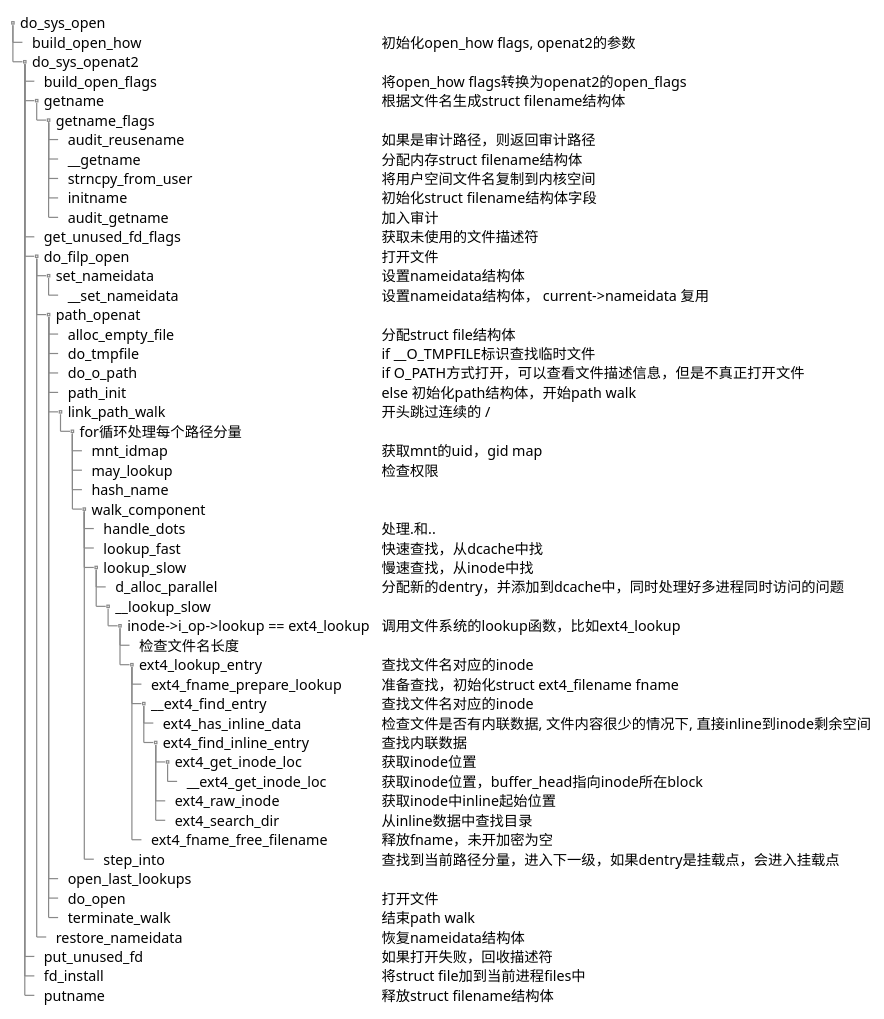
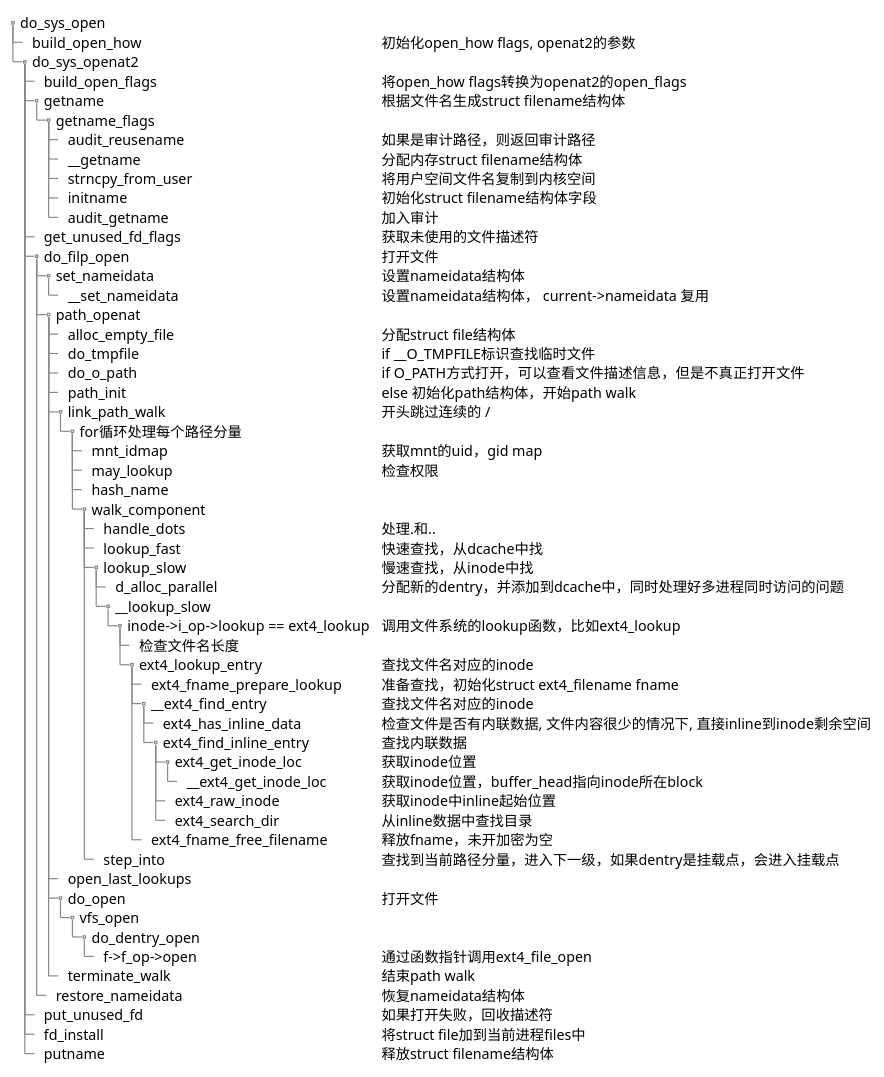
The first of 2 diagrams in notes/file.md (hml1006/linux-comment), drawn with PlantUML before and after one commit. The commit also changed 7 other files, not shown here.

````diff
--- a/notes/file.md
+++ b/notes/file.md
@@ -207,58 +207,61 @@
 ```plantuml
 @startsalt
 {{T
 + do_sys_open
 ++ build_open_how       | 初始化open_how flags, openat2的参数
 ++ do_sys_openat2
 +++ build_open_flags    | 将open_how flags转换为openat2的open_flags
 +++ getname             | 根据文件名生成struct filename结构体
 ++++ getname_flags
 +++++ audit_reusename   | 如果是审计路径，则返回审计路径
 +++++ __getname         | 分配内存struct filename结构体
 +++++ strncpy_from_user | 将用户空间文件名复制到内核空间
 +++++ initname          | 初始化struct filename结构体字段
 +++++ audit_getname     | 加入审计
 +++ get_unused_fd_flags | 获取未使用的文件描述符
 +++ do_filp_open    | 打开文件
 ++++ set_nameidata | 设置nameidata结构体
 +++++ __set_nameidata | 设置nameidata结构体， current->nameidata 复用
 ++++ path_openat
 +++++ alloc_empty_file | 分配struct file结构体
 +++++ do_tmpfile | if __O_TMPFILE标识查找临时文件
 +++++ do_o_path | if O_PATH方式打开，可以查看文件描述信息，但是不真正打开文件
 +++++ path_init | else 初始化path结构体，开始path walk
 +++++ link_path_walk    | 开头跳过连续的 /
 ++++++ for循环处理每个路径分量
 +++++++ mnt_idmap        | 获取mnt的uid，gid map
 +++++++ may_lookup | 检查权限
 +++++++ hash_name
 +++++++ walk_component
 ++++++++ handle_dots    | 处理.和..
 ++++++++ lookup_fast | 快速查找，从dcache中找
 ++++++++ lookup_slow | 慢速查找，从inode中找
 +++++++++ d_alloc_parallel | 分配新的dentry，并添加到dcache中，同时处理好多进程同时访问的问题
 +++++++++ __lookup_slow
 ++++++++++ inode->i_op->lookup == ext4_lookup | 调用文件系统的lookup函数，比如ext4_lookup
 +++++++++++ 检查文件名长度
 +++++++++++ ext4_lookup_entry | 查找文件名对应的inode
 ++++++++++++ ext4_fname_prepare_lookup | 准备查找，初始化struct ext4_filename fname
 ++++++++++++ __ext4_find_entry | 查找文件名对应的inode
 +++++++++++++ ext4_has_inline_data | 检查文件是否有内联数据, 文件内容很少的情况下, 直接inline到inode剩余空间
 +++++++++++++ ext4_find_inline_entry | 查找内联数据
 ++++++++++++++ ext4_get_inode_loc | 获取inode位置
 +++++++++++++++ __ext4_get_inode_loc | 获取inode位置，buffer_head指向inode所在block
 ++++++++++++++ ext4_raw_inode | 获取inode中inline起始位置
 ++++++++++++++ ext4_search_dir | 从inline数据中查找目录
 ++++++++++++ ext4_fname_free_filename | 释放fname，未开加密为空
 ++++++++ step_into | 查找到当前路径分量，进入下一级，如果dentry是挂载点，会进入挂载点
 +++++ open_last_lookups
 +++++ do_open | 打开文件
+++++++ vfs_open
++++++++ do_dentry_open
+++++++++ f->f_op->open | 通过函数指针调用ext4_file_open
 +++++ terminate_walk | 结束path walk
 ++++ restore_nameidata | 恢复nameidata结构体
 +++ put_unused_fd       | 如果打开失败，回收描述符
 +++ fd_install       | 将struct file加到当前进程files中
 +++ putname             | 释放struct filename结构体
 
 }}
 @endsalt
 ```
````
